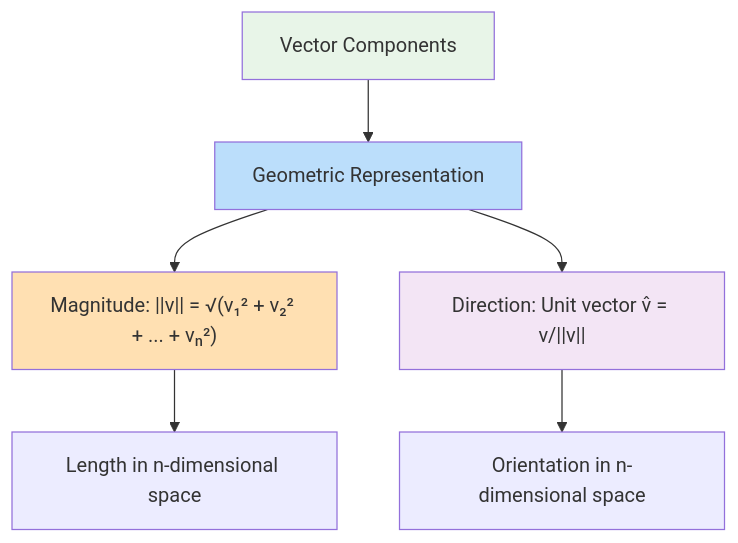
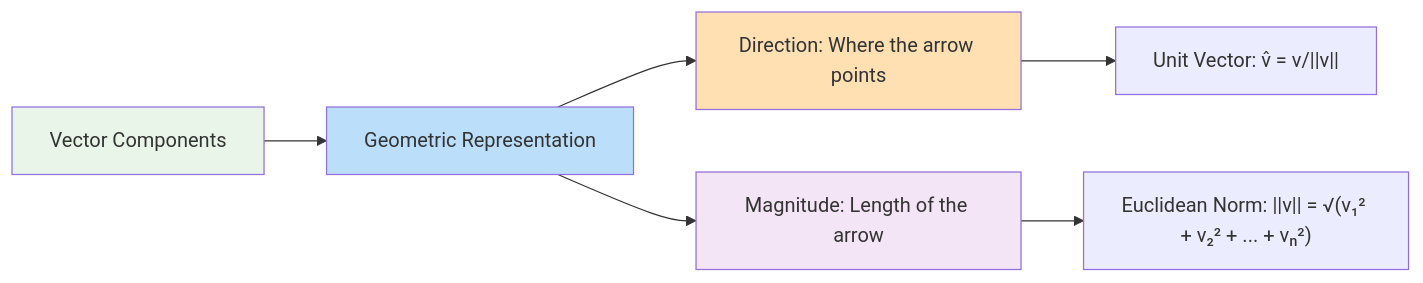
One commit to Chaklader/flower-image-classifier changed the first of 6 diagrams in C_0.md. Above: the diagram before and after it, drawn with Mermaid. The commit also changed other lines of this file and 3 other files, not shown here.

````diff
--- a/C_0.md
+++ b/C_0.md
@@ -62,13 +98,13 @@
 ```mermaid
-graph TD
+graph LR
     A["Vector Components"] --> B["Geometric Representation"]
-    B --> C["Magnitude: ||v|| = √(v₁² + v₂² + ... + vₙ²)"]
-    B --> D["Direction: Unit vector v̂ = v/||v||"]
-    C --> E["Length in n-dimensional space"]
-    D --> F["Orientation in n-dimensional space"]
+    B --> C["Direction: Where the arrow points"]
+    B --> D["Magnitude: Length of the arrow"]
+    C --> E["Unit Vector: v̂ = v/||v||"]
+    D --> F["Euclidean Norm: ||v|| = √(v₁² + v₂² + ... + vₙ²)"]
 
     style A fill:#E8F5E8
     style B fill:#BBDEFB
     style C fill:#FFE0B2
     style D fill:#F3E5F5
 ```
````
